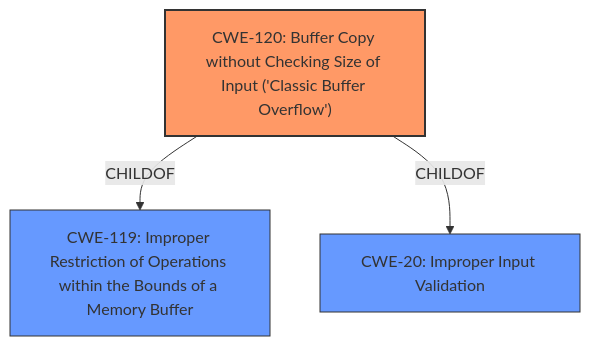
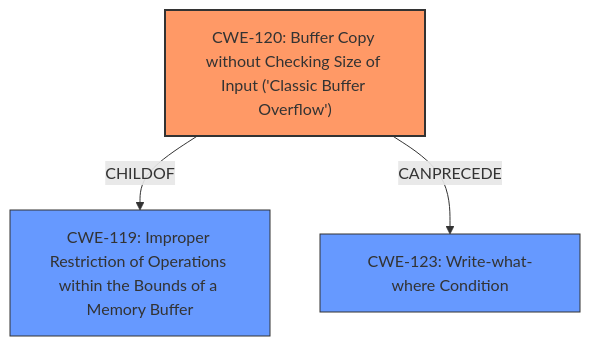
Before and after one commit to CyberSecAI/cwe_agent_assign_reports_2023: the diagram in CVE-2021-22894/CVE-2021-22894_analysis.md, drawn with Mermaid. The commit also changed other lines of this file and 902 other files, not shown here.

````diff
--- a/CVE-2021-22894/CVE-2021-22894_analysis.md
+++ b/CVE-2021-22894/CVE-2021-22894_analysis.md
@@ -16,14 +16,15 @@
 ```mermaid
 graph TD
     cwe120["CWE-120: Buffer Copy without Checking Size of Input ('Classic Buffer Overflow')"]
     cwe119["CWE-119: Improper Restriction of Operations within the Bounds of a Memory Buffer"]
-    cwe20["CWE-20: Improper Input Validation"]
+    cwe123["CWE-123: Write-what-where Condition"]
     
     cwe120 -->|CHILDOF| cwe119
-    cwe120 -->|CHILDOF| cwe20
+    cwe120 -->|CANPRECEDE| cwe123
     
     classDef primary fill:#f96,stroke:#333,stroke-width:2px
     classDef secondary fill:#69f,stroke:#333
+    classDef tertiary fill:#9e9,stroke:#333
     class cwe120 primary
-    class cwe119,cwe20 secondary
+    class cwe119,cwe123 secondary
 ```
````
